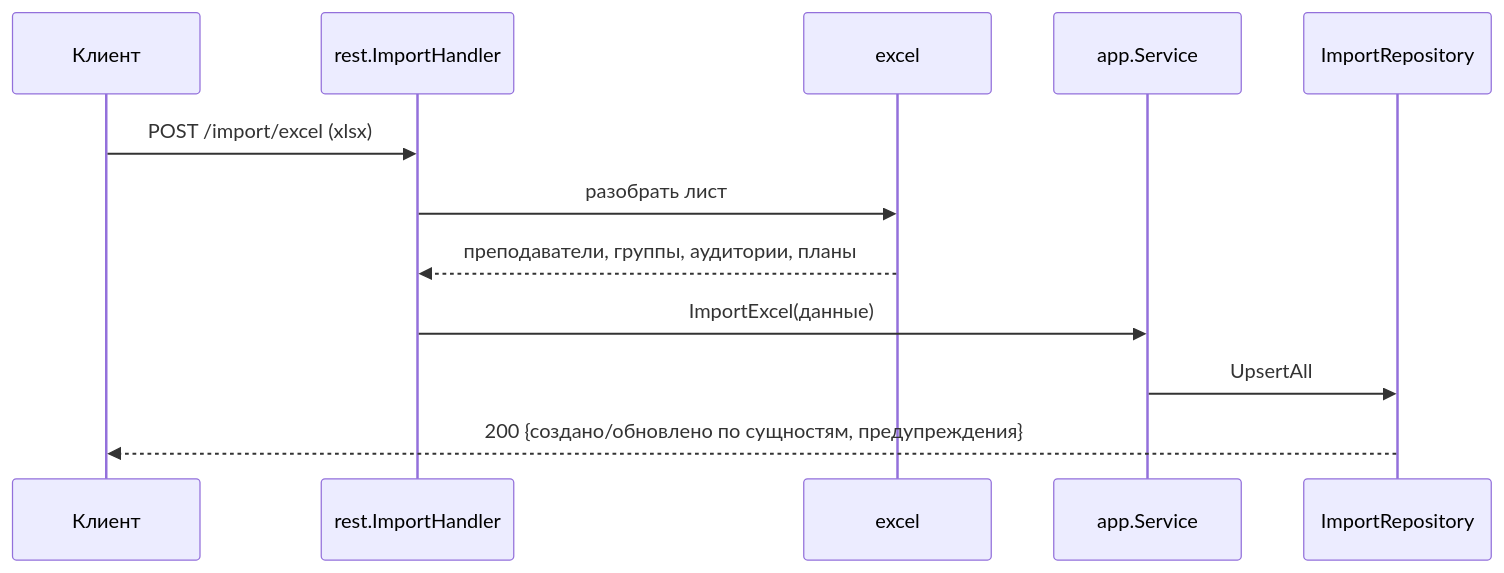
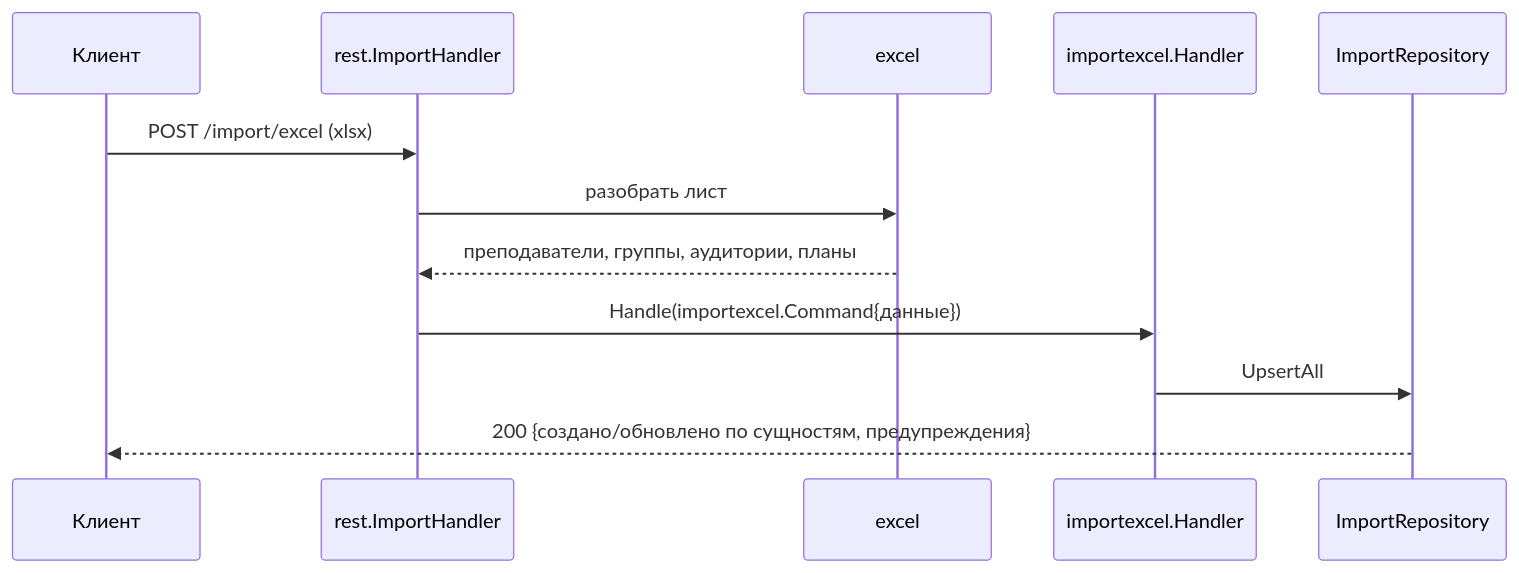
Before and after one commit to KolManis/uni-scheduler: the fifth of 6 diagrams in docs/spec/06-diagrams.md, drawn with Mermaid. The commit also changed other lines of this file and 53 other files, not shown here.

````diff
--- a/docs/spec/06-diagrams.md
+++ b/docs/spec/06-diagrams.md
@@ -118,15 +118,15 @@
 ```mermaid
 sequenceDiagram
   participant C as Клиент
   participant H as rest.ImportHandler
   participant P as excel
-  participant S as app.Service
+  participant S as importexcel.Handler
   participant R as ImportRepository
 
   C->>H: POST /import/excel (xlsx)
   H->>P: разобрать лист
   P-->>H: преподаватели, группы, аудитории, планы
-  H->>S: ImportExcel(данные)
+  H->>S: Handle(importexcel.Command{данные})
   S->>R: UpsertAll
   R-->>C: 200 {создано/обновлено по сущностям, предупреждения}
 ```
````
